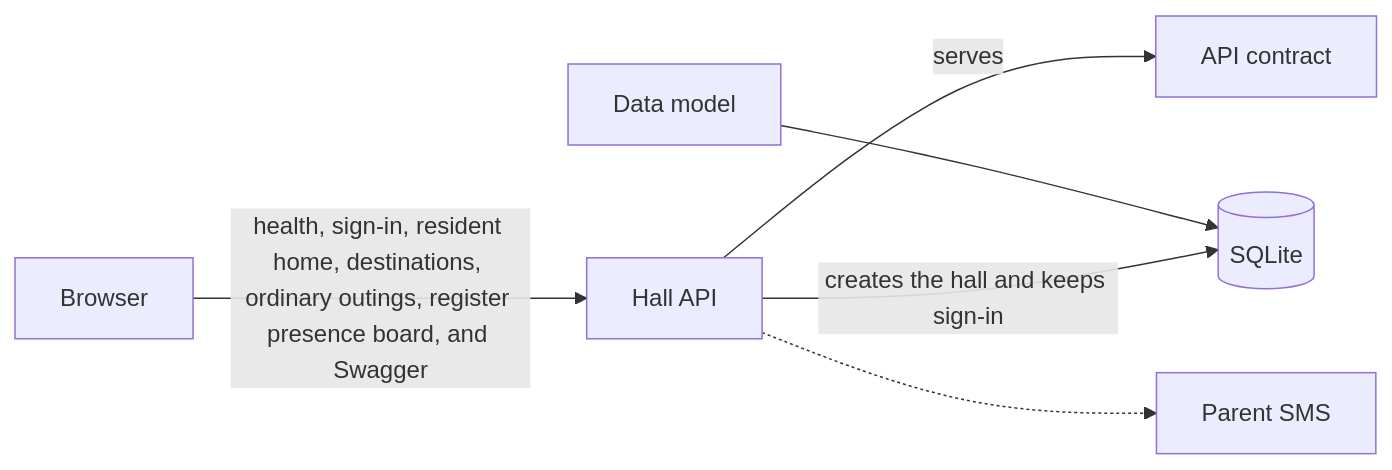
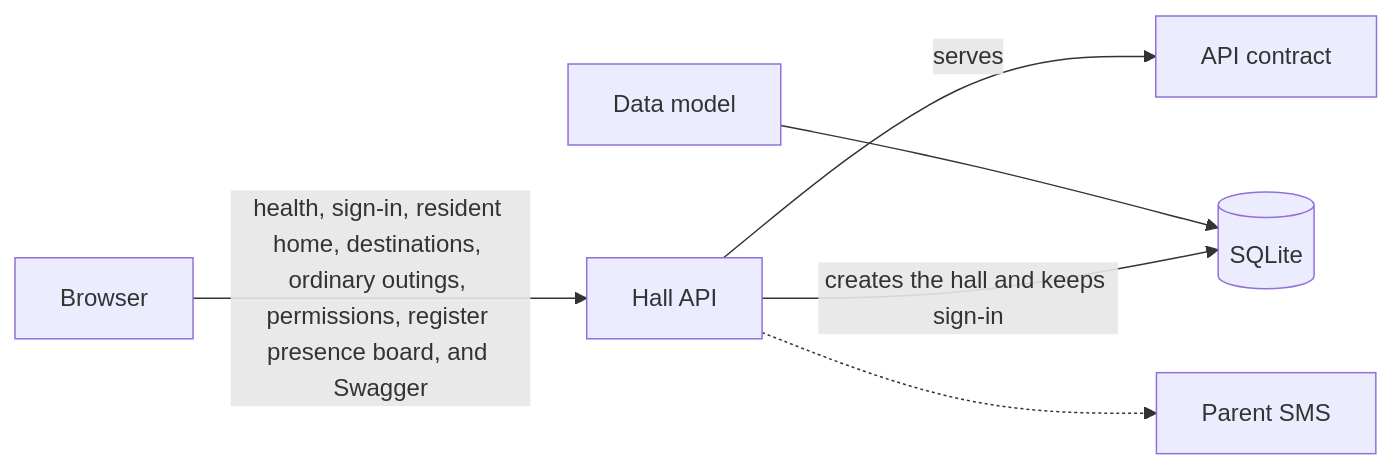
The diagram in docs/system-architecture.md (AbuIqbal123/BSJ-Hostel-Management), drawn with Mermaid before and after one commit. The commit also changed other lines of this file and 18 other files, not shown here.

````diff
--- a/docs/system-architecture.md
+++ b/docs/system-architecture.md
@@ -7,8 +7,8 @@
 ```mermaid
 flowchart LR
-  browser["Browser"] -->|"health, sign-in, resident home, destinations, ordinary outings, register presence board, and Swagger"| api["Hall API"]
+  browser["Browser"] -->|"health, sign-in, resident home, destinations, ordinary outings, permissions, register presence board, and Swagger"| api["Hall API"]
   api -->|"serves"| contract["API contract"]
   model["Data model"] --> db[("SQLite")]
   api -->|"creates the hall and keeps sign-in"| db
   api -.-> sms["Parent SMS"]
 ```
````
